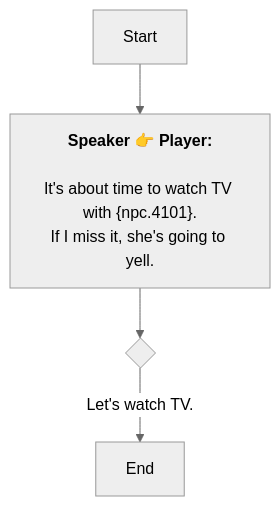
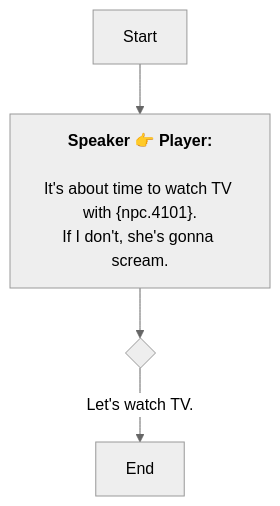
The diagram in En/QuestStartTalkENode_1751905447257812.md (SoftHu/tos_avg), drawn with Mermaid (neutral theme) before and after one commit. The commit also changed 297 other files, not shown here.

````diff
--- a/En/QuestStartTalkENode_1751905447257812.md
+++ b/En/QuestStartTalkENode_1751905447257812.md
@@ -1,10 +1,10 @@
 ```mermaid
 graph
 Start -->1751905462132439[<b>Speaker 👉 Player:</b>
 
 It's about time to watch TV with &lbrace;npc.4101&rbrace;.
-If I miss it, she's going to yell.]
+If I don't, she's gonna scream.]
 1751905462132439 -->1751905497477848{ }
 1751905497477848 -->|Let's watch TV.|1751905504163547[End]
 
  ```
````
